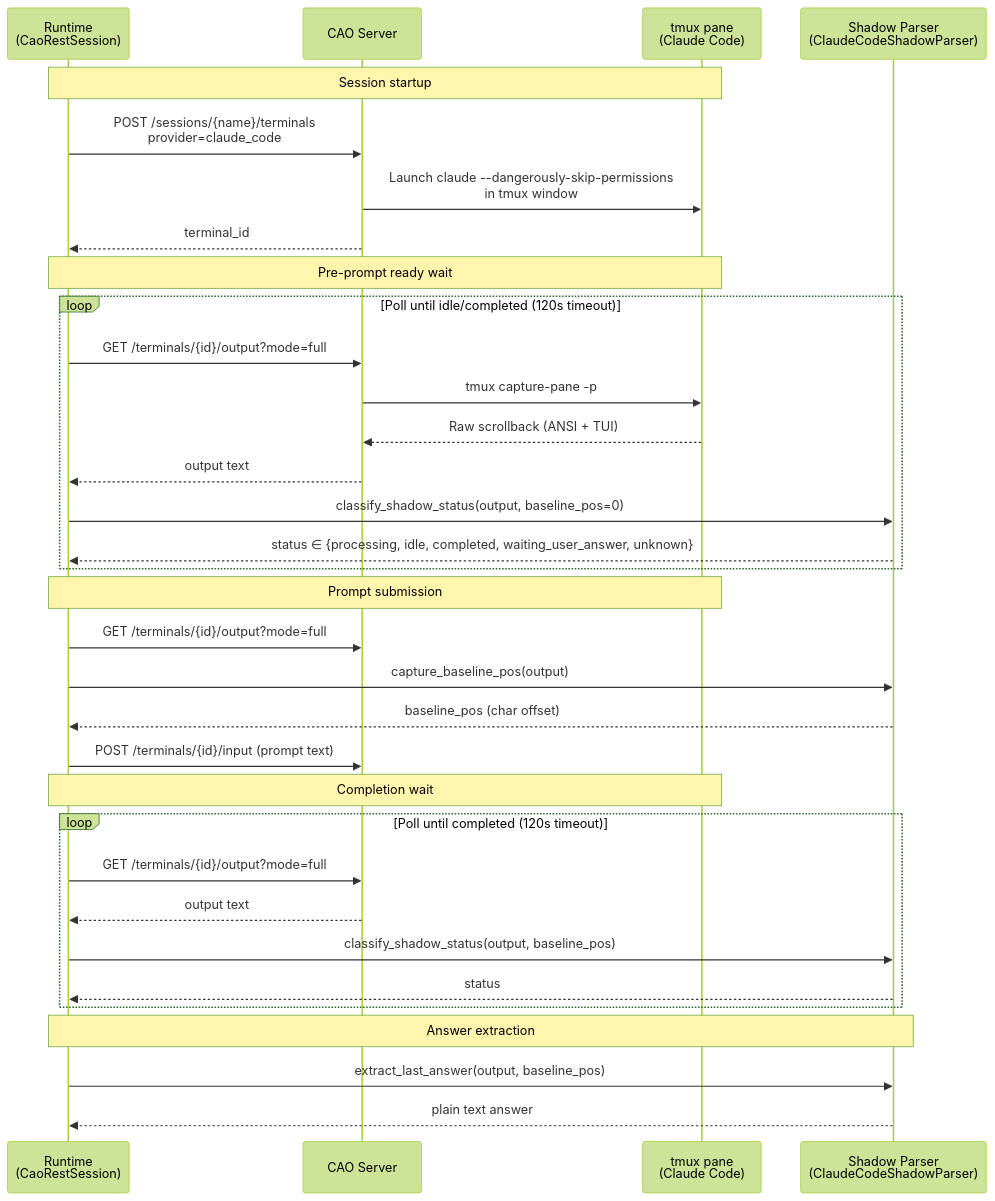
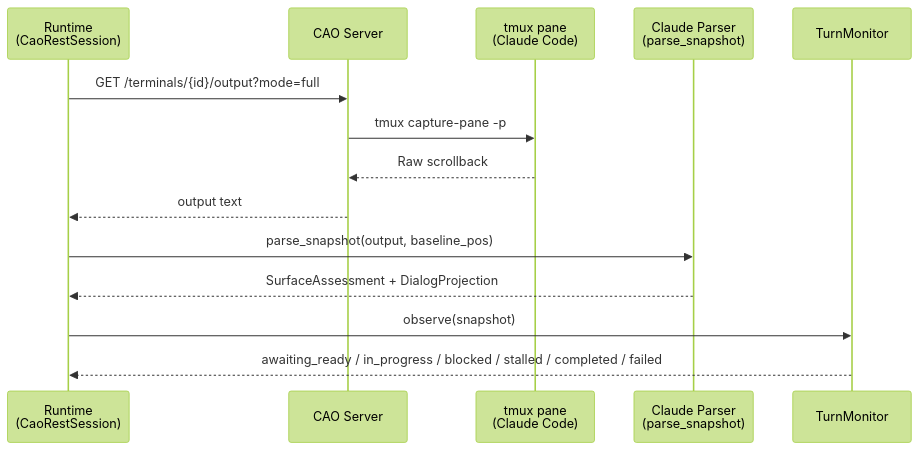
The first of 2 diagrams in docs/reference/cao_claude_shadow_parsing.md (igamenovoer/houmao), drawn with Mermaid (forest theme) before and after one commit. The commit also changed other lines of this file and 16 other files, not shown here.

Commit message:
feat: decouple shadow parser state and association

````diff
--- a/docs/reference/cao_claude_shadow_parsing.md
+++ b/docs/reference/cao_claude_shadow_parsing.md
@@ -46,40 +53,17 @@
 ```mermaid
 sequenceDiagram
     participant RT as Runtime<br/>(CaoRestSession)
     participant CAO as CAO Server
     participant TMUX as tmux pane<br/>(Claude Code)
-    participant SP as Shadow Parser<br/>(ClaudeCodeShadowParser)
+    participant SP as Claude Parser<br/>(parse_snapshot)
+    participant TM as TurnMonitor
 
-    Note over RT,TMUX: Session startup
-    RT->>CAO: POST /sessions/{name}/terminals<br/>provider=claude_code
-    CAO->>TMUX: Launch claude --dangerously-skip-permissions<br/>in tmux window
-    CAO-->>RT: terminal_id
-
-    Note over RT,TMUX: Pre-prompt ready wait
-    loop Poll until idle/completed (120s timeout)
-        RT->>CAO: GET /terminals/{id}/output?mode=full
-        CAO->>TMUX: tmux capture-pane -p
-        TMUX-->>CAO: Raw scrollback (ANSI + TUI)
-        CAO-->>RT: output text
-        RT->>SP: classify_shadow_status(output, baseline_pos=0)
-        SP-->>RT: status ∈ {processing, idle, completed, waiting_user_answer, unknown}
-    end
-
-    Note over RT,TMUX: Prompt submission
     RT->>CAO: GET /terminals/{id}/output?mode=full
-    RT->>SP: capture_baseline_pos(output)
-    SP-->>RT: baseline_pos (char offset)
-    RT->>CAO: POST /terminals/{id}/input (prompt text)
-
-    Note over RT,TMUX: Completion wait
-    loop Poll until completed (120s timeout)
-        RT->>CAO: GET /terminals/{id}/output?mode=full
-        CAO-->>RT: output text
-        RT->>SP: classify_shadow_status(output, baseline_pos)
-        SP-->>RT: status
-    end
-
-    Note over RT,SP: Answer extraction
-    RT->>SP: extract_last_answer(output, baseline_pos)
-    SP-->>RT: plain text answer
+    CAO->>TMUX: tmux capture-pane -p
+    TMUX-->>CAO: Raw scrollback
+    CAO-->>RT: output text
+    RT->>SP: parse_snapshot(output, baseline_pos)
+    SP-->>RT: SurfaceAssessment + DialogProjection
+    RT->>TM: observe(snapshot)
+    TM-->>RT: awaiting_ready / in_progress / blocked / stalled / completed / failed
 ```
````
